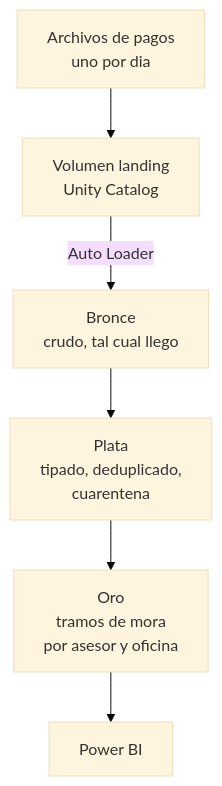
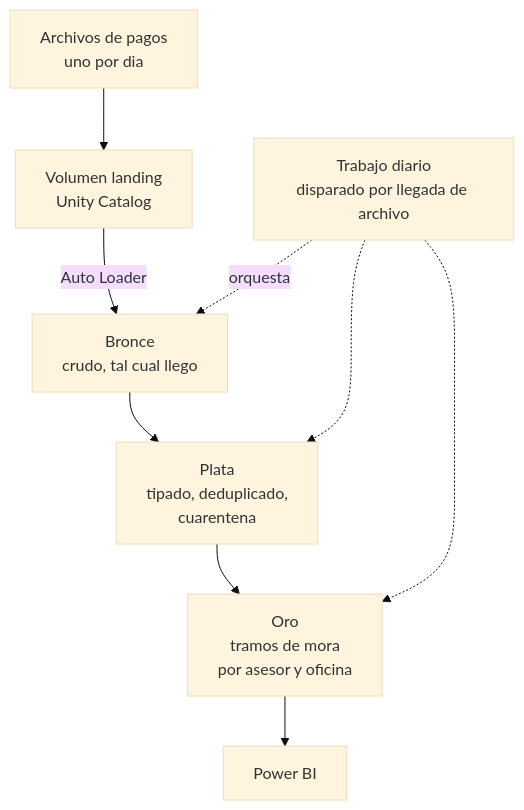
One commit to Axel12fuentes/plataforma-cartera-databricks changed the diagram in README.md. Above: the diagram before and after it, drawn with Mermaid (base theme). The commit also changed other lines of this file and 3 other files, not shown here.

````diff
--- a/README.md
+++ b/README.md
@@ -33,8 +33,11 @@
 ```mermaid
 graph TD
   CSV[Archivos de pagos<br/>uno por dia] --> VOL[Volumen landing<br/>Unity Catalog]
   VOL -->|Auto Loader| BRONCE[Bronce<br/>crudo, tal cual llego]
   BRONCE --> PLATA[Plata<br/>tipado, deduplicado,<br/>cuarentena]
   PLATA --> ORO[Oro<br/>tramos de mora<br/>por asesor y oficina]
   ORO --> BI[Power BI]
+  JOB[Trabajo diario<br/>disparado por llegada de archivo] -.orquesta.-> BRONCE
+  JOB -.-> PLATA
+  JOB -.-> ORO
 ```
````
